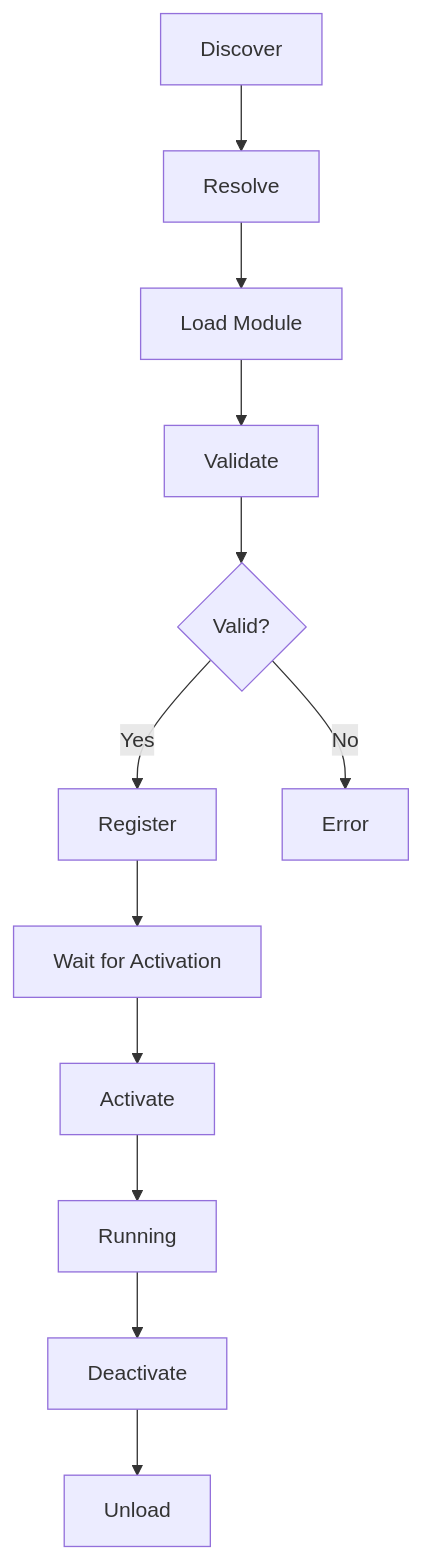
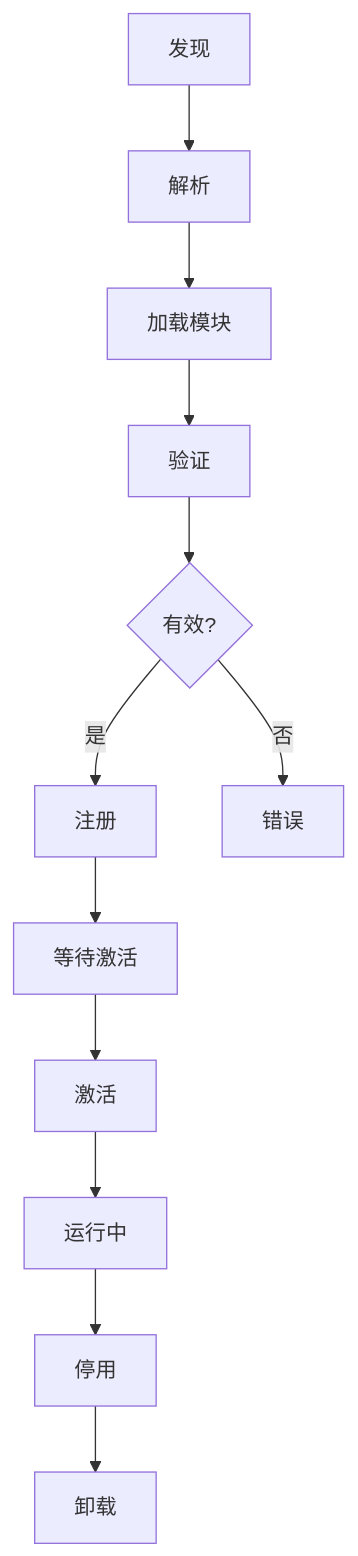
One commit to a576378368/openclaw_docs changed the first of 3 diagrams in docs/zh/architecture-book/part-3-plugin-system/04-plugin-runtime.md. Above: the diagram before and after it, drawn with Mermaid. The commit also changed other lines of this file and 7 other files, not shown here.

````diff
--- a/docs/zh/architecture-book/part-3-plugin-system/04-plugin-runtime.md
+++ b/docs/zh/architecture-book/part-3-plugin-system/04-plugin-runtime.md
@@ -15,14 +15,14 @@
 ```mermaid
 flowchart TB
-    A[Discover] --> B[Resolve]
-    B --> C[Load Module]
-    C --> D[Validate]
-    D --> E{Valid?}
-    E -->|Yes| F[Register]
-    E -->|No| G[Error]
-    F --> H[Wait for Activation]
-    H --> I[Activate]
-    I --> J[Running]
-    J --> K[Deactivate]
-    K --> L[Unload]
+    A[发现] --> B[解析]
+    B --> C[加载模块]
+    C --> D[验证]
+    D --> E{有效?}
+    E -->|是| F[注册]
+    E -->|否| G[错误]
+    F --> H[等待激活]
+    H --> I[激活]
+    I --> J[运行中]
+    J --> K[停用]
+    K --> L[卸载]
 ```
````
